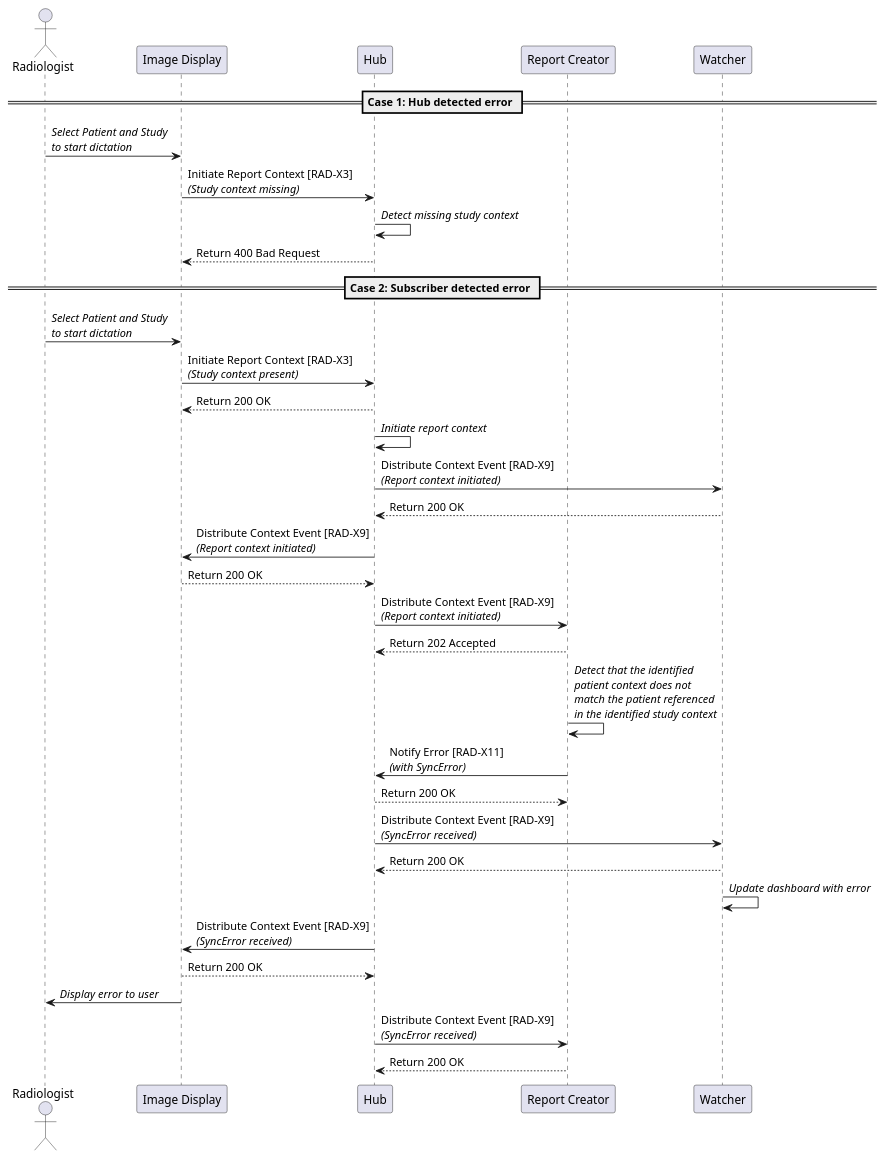
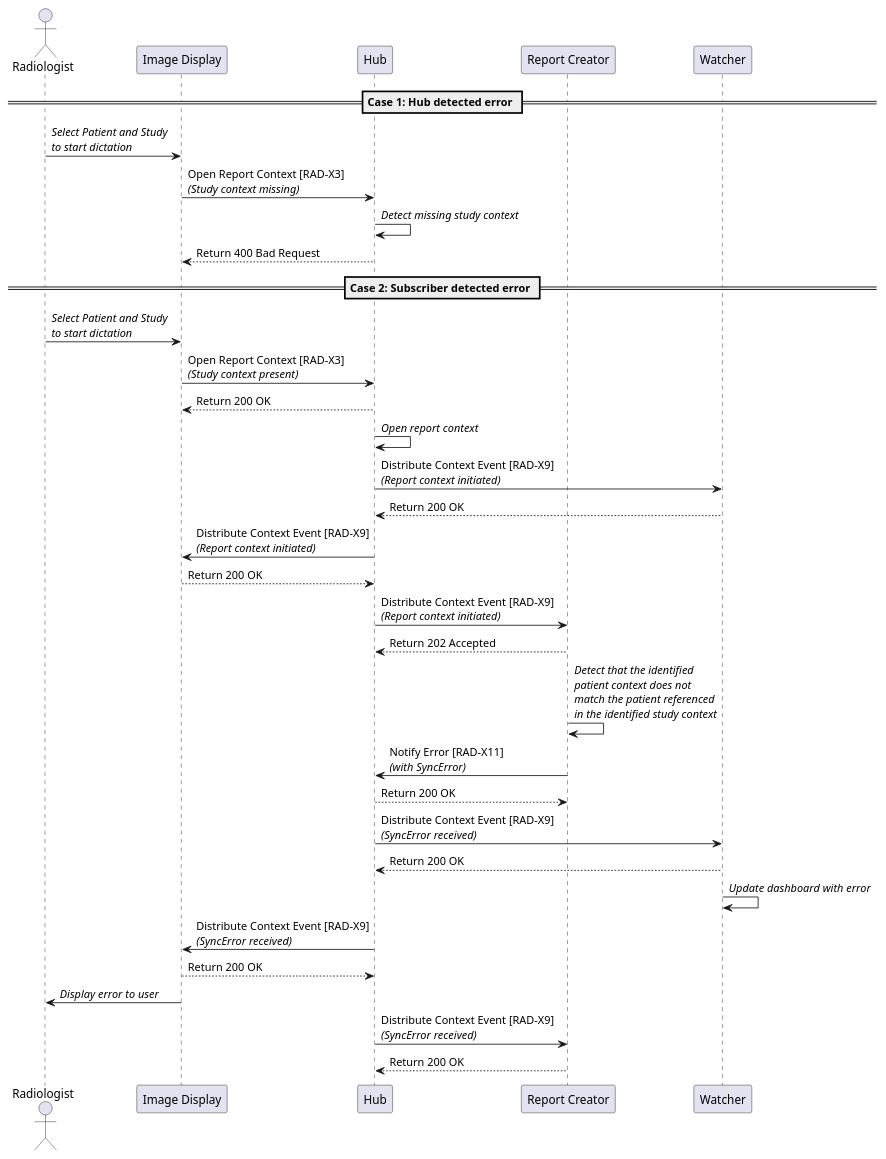
One commit to IHE/RAD.IRA changed the diagram in input/images-source/syncerror_use_case.plantuml. Above: the diagram before and after it, drawn with PlantUML. The commit also changed 11 other files, not shown here.

Commit message:
Changed X3 and X4 to Open and Close Report Context.

```diff
--- a/input/images-source/syncerror_use_case.plantuml
+++ b/input/images-source/syncerror_use_case.plantuml
@@ -1,40 +1,40 @@
 @startuml
 
 actor Radiologist as User
 participant "Image Display" as PACS
 participant "Hub" as Hub
 participant "Report Creator" as Report
 participant "Watcher" as Watcher
 
 == Case 1: Hub detected error ==
 
 User->PACS: //Select Patient and Study//\n//to start dictation//
-PACS->Hub: Initiate Report Context [RAD-X3]\n//(Study context missing)//
+PACS->Hub: Open Report Context [RAD-X3]\n//(Study context missing)//
 Hub->Hub: //Detect missing study context//
 Hub-->PACS: Return 400 Bad Request
 
 == Case 2: Subscriber detected error ==
 
 User->PACS: //Select Patient and Study//\n//to start dictation//
-PACS->Hub: Initiate Report Context [RAD-X3]\n//(Study context present)//
+PACS->Hub: Open Report Context [RAD-X3]\n//(Study context present)//
 Hub-->PACS: Return 200 OK
-Hub->Hub: //Initiate report context//
+Hub->Hub: //Open report context//
 Hub->Watcher: Distribute Context Event [RAD-X9]\n//(Report context initiated)//
 Watcher-->Hub: Return 200 OK
 Hub->PACS: Distribute Context Event [RAD-X9]\n//(Report context initiated)//
 PACS-->Hub: Return 200 OK
 Hub->Report: Distribute Context Event [RAD-X9]\n//(Report context initiated)//
 Report-->Hub: Return 202 Accepted
 Report->Report: //Detect that the identified//\n//patient context does not//\n//match the patient referenced//\n//in the identified study context//
 Report->Hub: Notify Error [RAD-X11]\n//(with SyncError)//
 Hub-->Report: Return 200 OK
 Hub->Watcher: Distribute Context Event [RAD-X9]\n//(SyncError received)//
 Watcher-->Hub: Return 200 OK
 Watcher->Watcher: //Update dashboard with error//
 Hub->PACS: Distribute Context Event [RAD-X9]\n//(SyncError received)//
 PACS-->Hub: Return 200 OK
 PACS->User: //Display error to user//
 Hub->Report: Distribute Context Event [RAD-X9]\n//(SyncError received)//
 Report-->Hub: Return 200 OK
 
 @enduml
```
